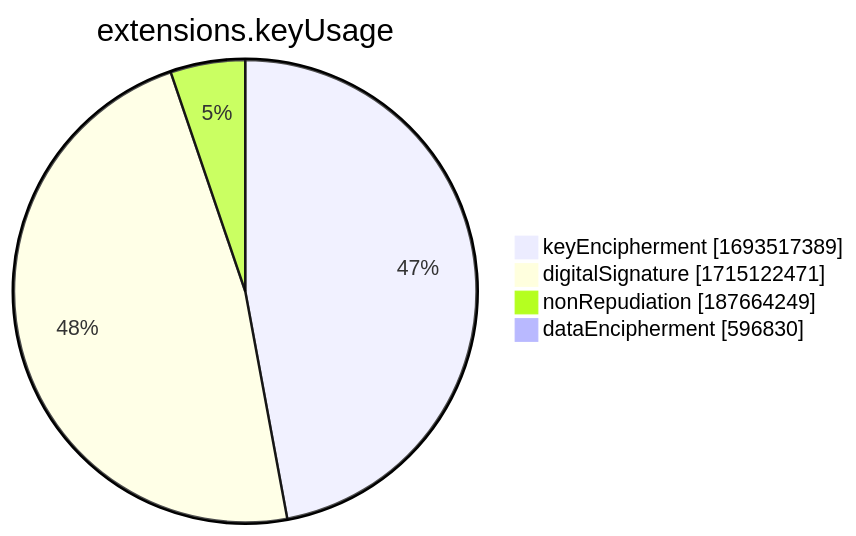
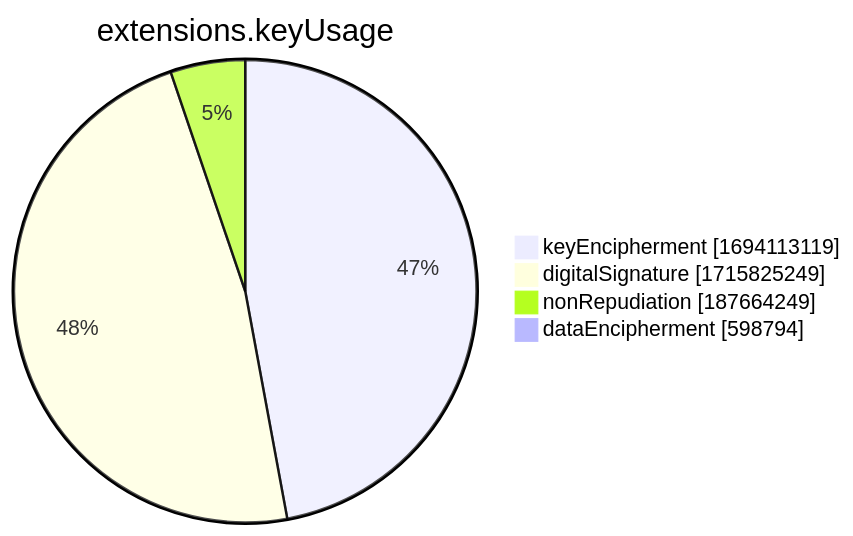
Before and after one commit to christiankrug/ctmonitor_visualization: the seventh of 15 diagrams in xenon2022/README.md, drawn with Mermaid. The commit also changed other lines of this file, not shown here.

````diff
--- a/xenon2022/README.md
+++ b/xenon2022/README.md
@@ -2858,8 +2858,8 @@
 ```mermaid
 pie showData
 title extensions.keyUsage
-"keyEncipherment" :1693517389
-"digitalSignature" :1715122471
+"keyEncipherment" :1694113119
+"digitalSignature" :1715825249
 "nonRepudiation" :187664249
-"dataEncipherment" :596830
+"dataEncipherment" :598794
 ```
````
